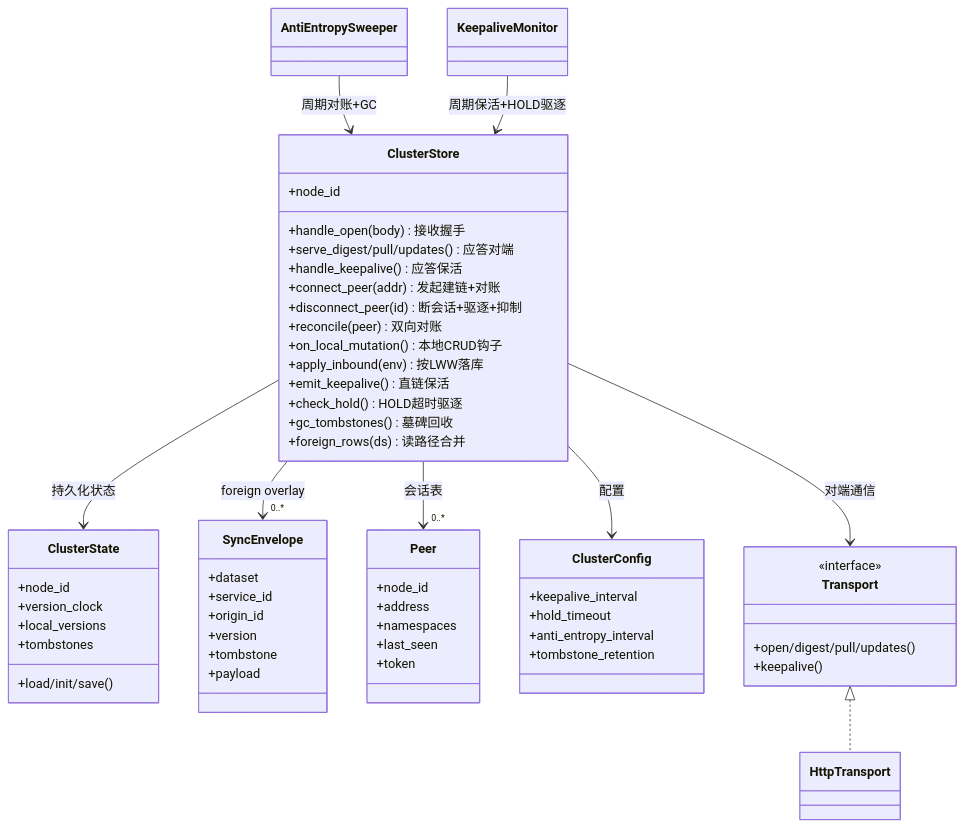
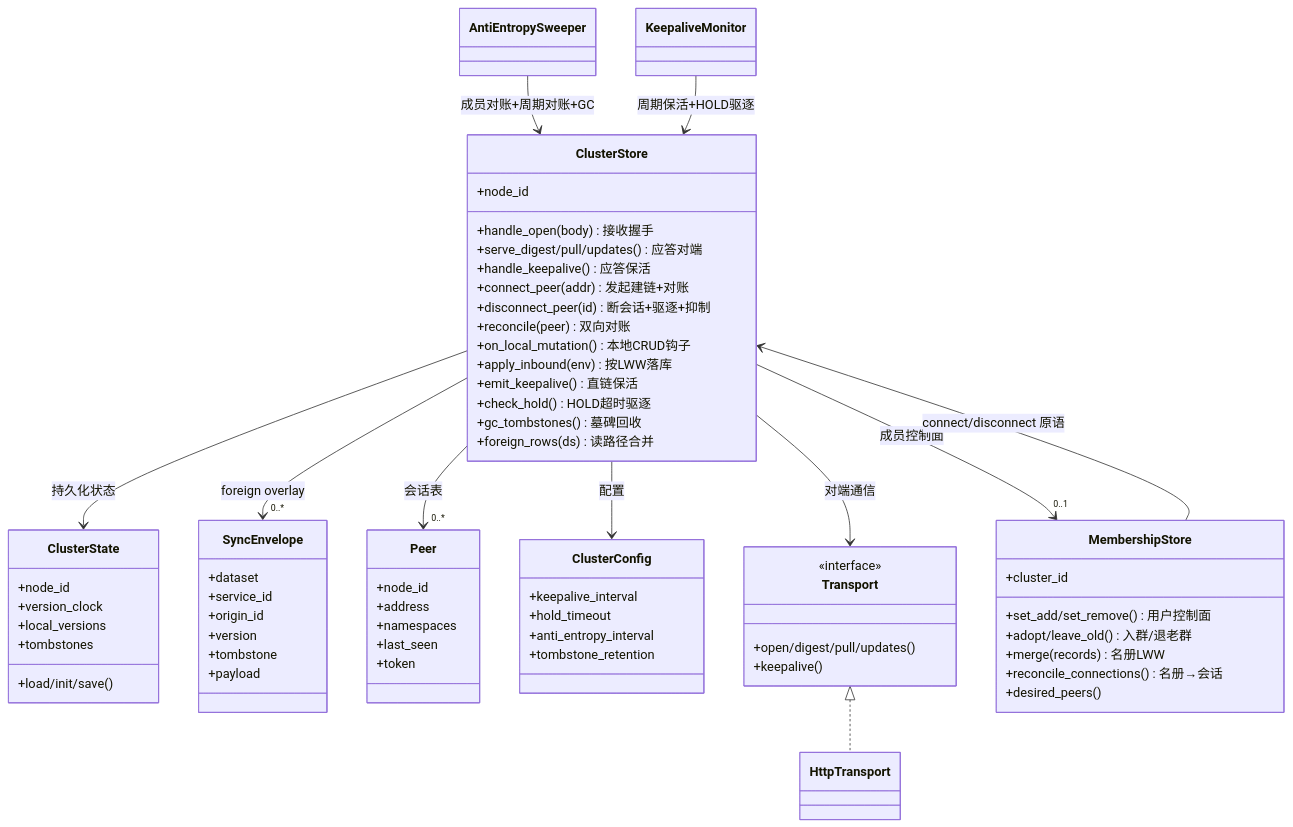
One commit to Weizheng96/A2X-registry changed the sixth of 6 diagrams in docs/cluster_design.md. Above: the diagram before and after it, drawn with Mermaid. The commit also changed other lines of this file and 6 other files, not shown here.

First line of the commit message:
refactor(cluster): tighten membership↔store coupling; docs in present tense

````diff
--- a/docs/cluster_design.md
+++ b/docs/cluster_design.md
@@ -169,63 +169,73 @@
 ```mermaid
 classDiagram
     class ClusterStore {
         +node_id
         +handle_open(body) 接收握手
         +serve_digest/pull/updates() 应答对端
         +handle_keepalive() 应答保活
         +connect_peer(addr) 发起建链+对账
         +disconnect_peer(id) 断会话+驱逐+抑制
         +reconcile(peer) 双向对账
         +on_local_mutation() 本地CRUD钩子
         +apply_inbound(env) 按LWW落库
         +emit_keepalive() 直链保活
         +check_hold() HOLD超时驱逐
         +gc_tombstones() 墓碑回收
         +foreign_rows(ds) 读路径合并
     }
     class ClusterState {
         +node_id
         +version_clock
         +local_versions
         +tombstones
         +load/init/save()
     }
     class SyncEnvelope {
         +dataset
         +service_id
         +origin_id
         +version
         +tombstone
         +payload
     }
     class Peer {
         +node_id
         +address
         +namespaces
         +last_seen
         +token
     }
     class ClusterConfig {
         +keepalive_interval
         +hold_timeout
         +anti_entropy_interval
         +tombstone_retention
     }
     class Transport {
         <<interface>>
         +open/digest/pull/updates()
         +keepalive()
     }
+    class MembershipStore {
+        +cluster_id
+        +set_add/set_remove() 用户控制面
+        +adopt/leave_old() 入群/退老群
+        +merge(records) 名册LWW
+        +reconcile_connections() 名册→会话
+        +desired_peers()
+    }
     class HttpTransport
     class AntiEntropySweeper
     class KeepaliveMonitor
 
     ClusterStore --> ClusterState : 持久化状态
     ClusterStore --> "0..*" Peer : 会话表
     ClusterStore --> "0..*" SyncEnvelope : foreign overlay
     ClusterStore --> ClusterConfig : 配置
     ClusterStore --> Transport : 对端通信
+    ClusterStore --> "0..1" MembershipStore : 成员控制面
+    MembershipStore --> ClusterStore : connect/disconnect 原语
     Transport <|.. HttpTransport
-    AntiEntropySweeper --> ClusterStore : 周期对账+GC
+    AntiEntropySweeper --> ClusterStore : 成员对账+周期对账+GC
     KeepaliveMonitor --> ClusterStore : 周期保活+HOLD驱逐
 ```
````
